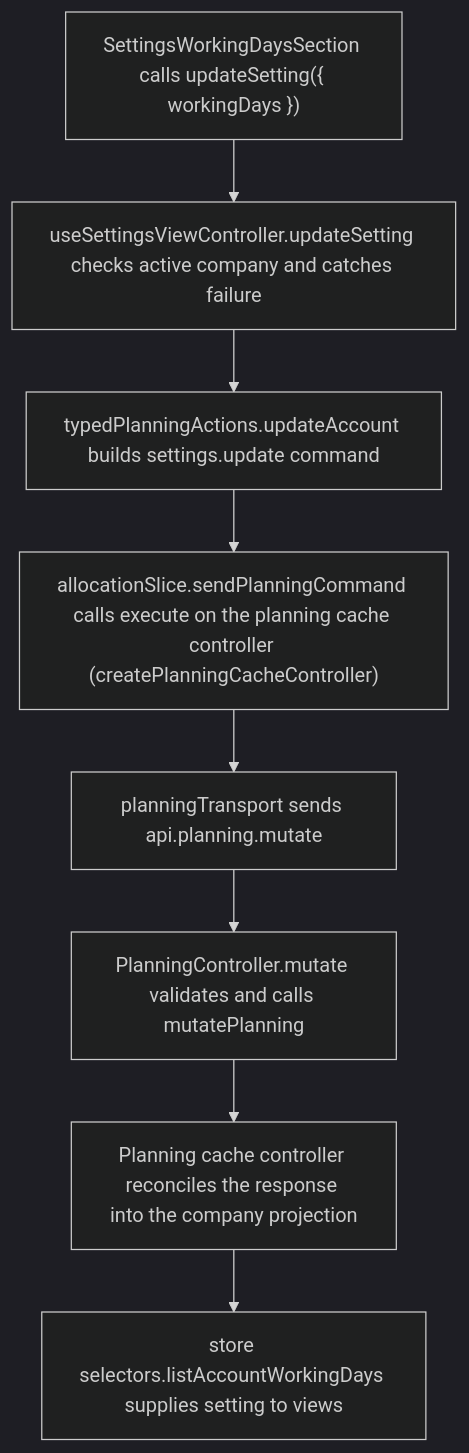
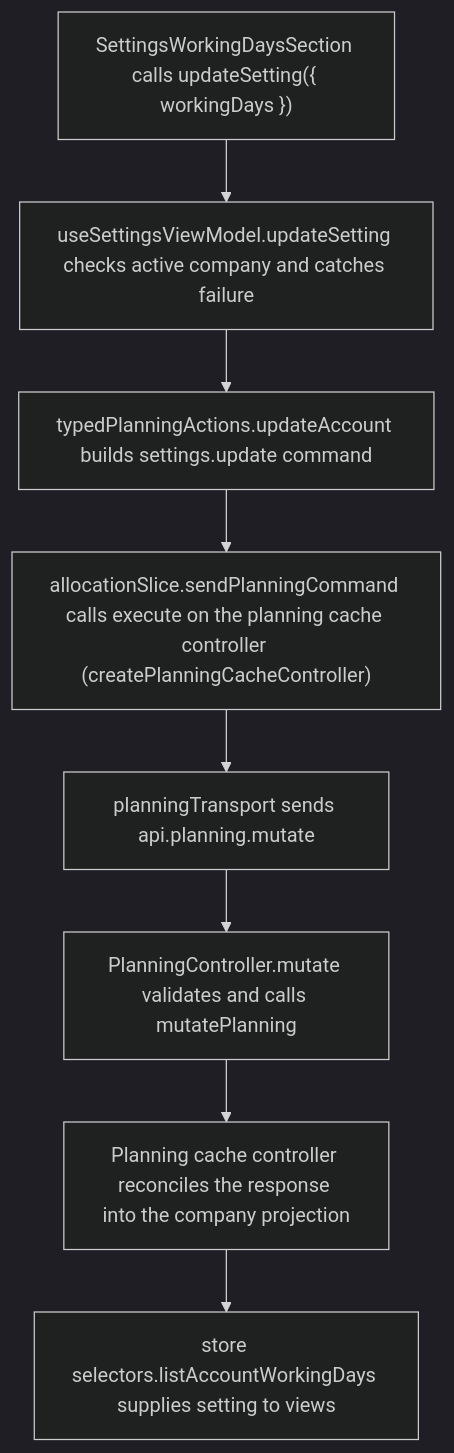
One commit to Kevinjohn/capacitylens changed the second of 2 diagrams in user-stories/settings/US-SET-15-global-working-days.md. Above: the diagram before and after it, drawn with Mermaid (dark theme). The commit also changed other lines of this file and 33 other files, not shown here.

First line of the commit message:
Controller to view model: rename the screen hooks

````diff
--- a/user-stories/settings/US-SET-15-global-working-days.md
+++ b/user-stories/settings/US-SET-15-global-working-days.md
@@ -31,10 +31,10 @@
 ```mermaid
 flowchart TD
-  control["SettingsWorkingDaysSection calls updateSetting({ workingDays })"] --> view["useSettingsViewController.updateSetting checks active company and catches failure"]
+  control["SettingsWorkingDaysSection calls updateSetting({ workingDays })"] --> view["useSettingsViewModel.updateSetting checks active company and catches failure"]
   view --> action["typedPlanningActions.updateAccount builds settings.update command"]
   action --> execute["allocationSlice.sendPlanningCommand calls execute on the planning cache controller (createPlanningCacheController)"]
   execute --> transport["planningTransport sends api.planning.mutate"]
   transport --> route["PlanningController.mutate validates and calls mutatePlanning"]
   route --> reply["Planning cache controller reconciles the response into the company projection"]
   reply --> read["store selectors.listAccountWorkingDays supplies setting to views"]
 ```
````
